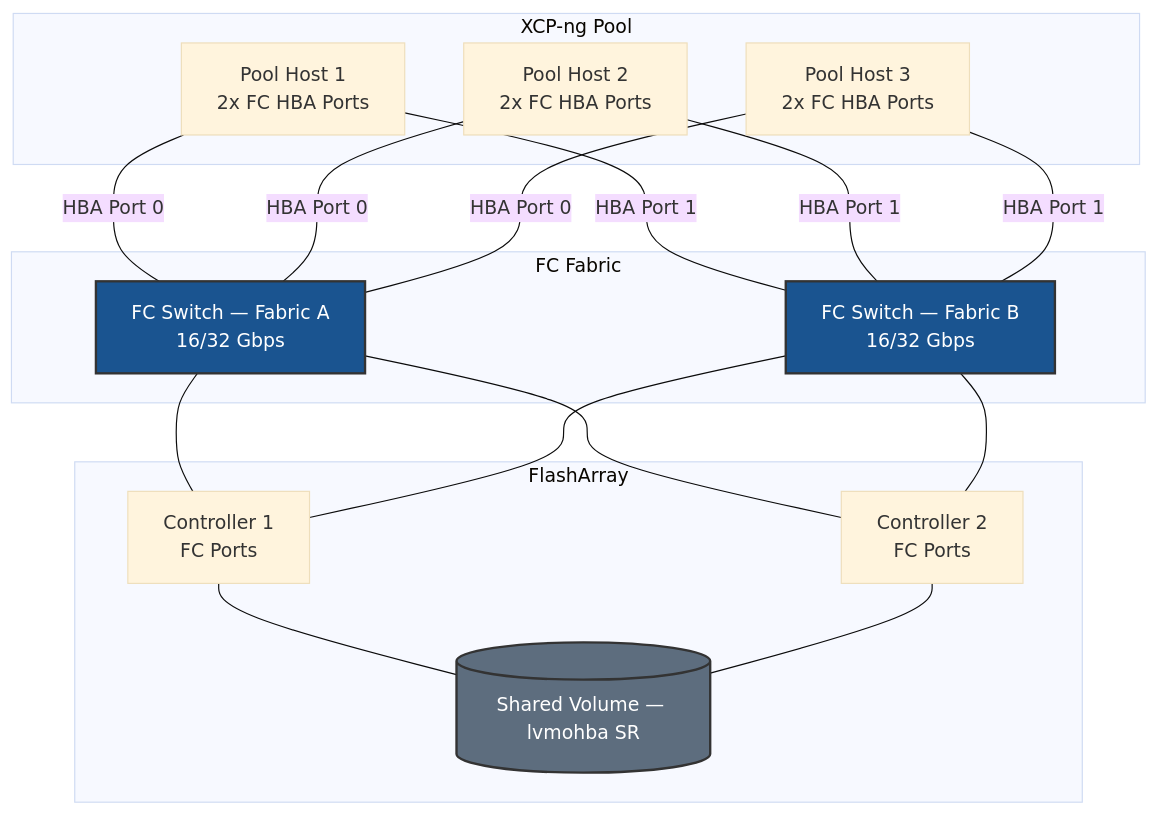
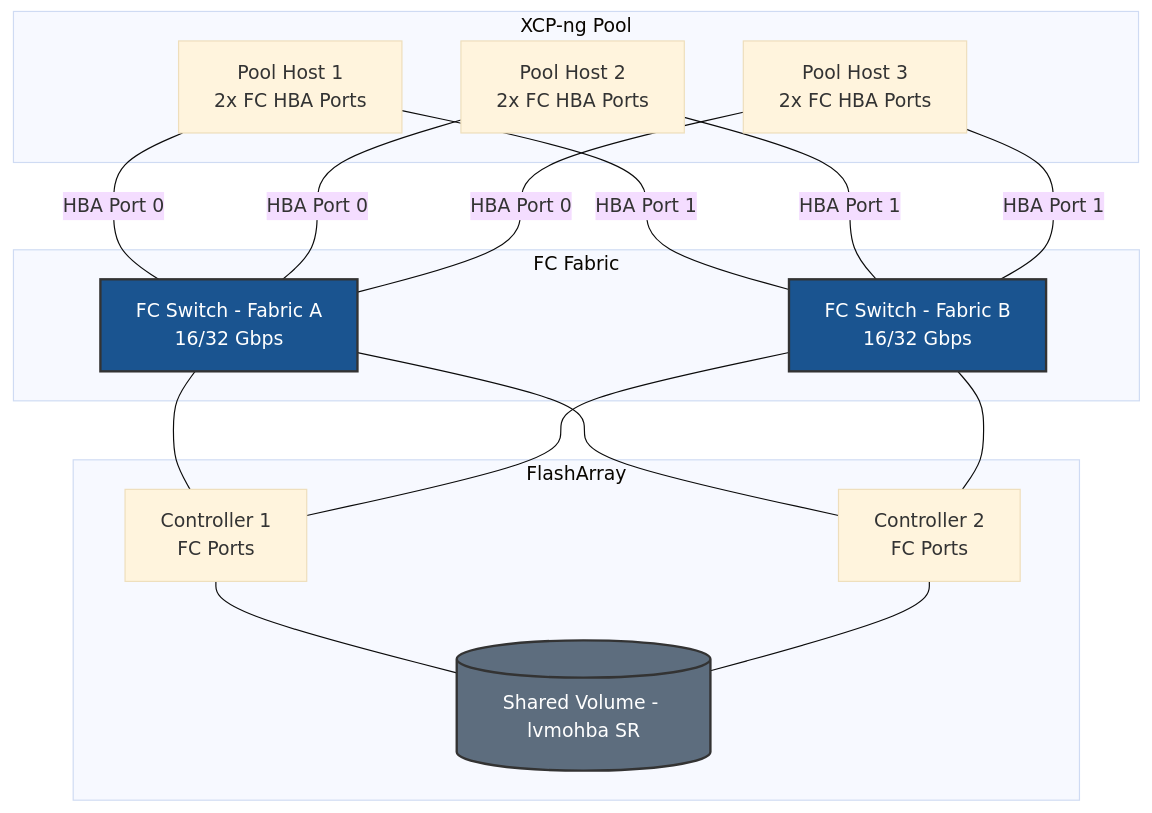
One commit to khensler/Quickstart-Guides changed the diagram in distributions/xcpng/fc/BEST-PRACTICES.md. Above: the diagram before and after it, drawn with Mermaid (base theme). The commit also changed other lines of this file and 12 other files, not shown here.

````diff
--- a/distributions/xcpng/fc/BEST-PRACTICES.md
+++ b/distributions/xcpng/fc/BEST-PRACTICES.md
@@ -34,38 +34,38 @@
 ```mermaid
 flowchart TB
     subgraph "XCP-ng Pool"
         HOST1[Pool Host 1<br/>2x FC HBA Ports]
         HOST2[Pool Host 2<br/>2x FC HBA Ports]
         HOST3[Pool Host 3<br/>2x FC HBA Ports]
     end
 
     subgraph "FC Fabric"
-        SWA[FC Switch — Fabric A<br/>16/32 Gbps]
-        SWB[FC Switch — Fabric B<br/>16/32 Gbps]
+        SWA[FC Switch - Fabric A<br/>16/32 Gbps]
+        SWB[FC Switch - Fabric B<br/>16/32 Gbps]
     end
 
     subgraph "FlashArray"
         CTRL1[Controller 1<br/>FC Ports]
         CTRL2[Controller 2<br/>FC Ports]
-        LUN[(Shared Volume — lvmohba SR)]
+        LUN[(Shared Volume - lvmohba SR)]
     end
 
     HOST1 ---|HBA Port 0| SWA
     HOST1 ---|HBA Port 1| SWB
     HOST2 ---|HBA Port 0| SWA
     HOST2 ---|HBA Port 1| SWB
     HOST3 ---|HBA Port 0| SWA
     HOST3 ---|HBA Port 1| SWB
 
     SWA --- CTRL1
     SWA --- CTRL2
     SWB --- CTRL1
     SWB --- CTRL2
 
     CTRL1 --- LUN
     CTRL2 --- LUN
 
     style LUN fill:#5d6d7e,stroke:#333,stroke-width:2px,color:#fff
     style SWA fill:#1a5490,stroke:#333,stroke-width:2px,color:#fff
     style SWB fill:#1a5490,stroke:#333,stroke-width:2px,color:#fff
 ```
````
